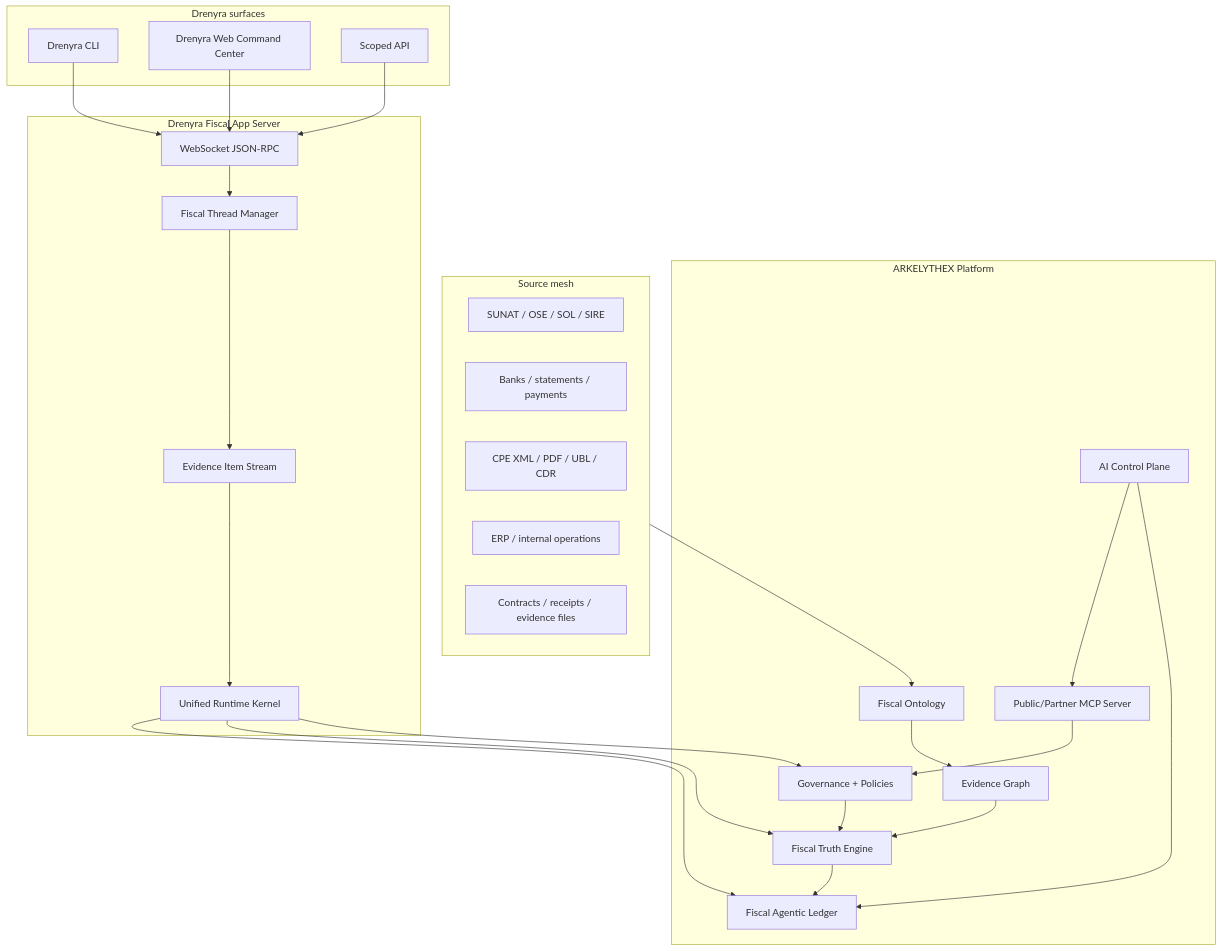
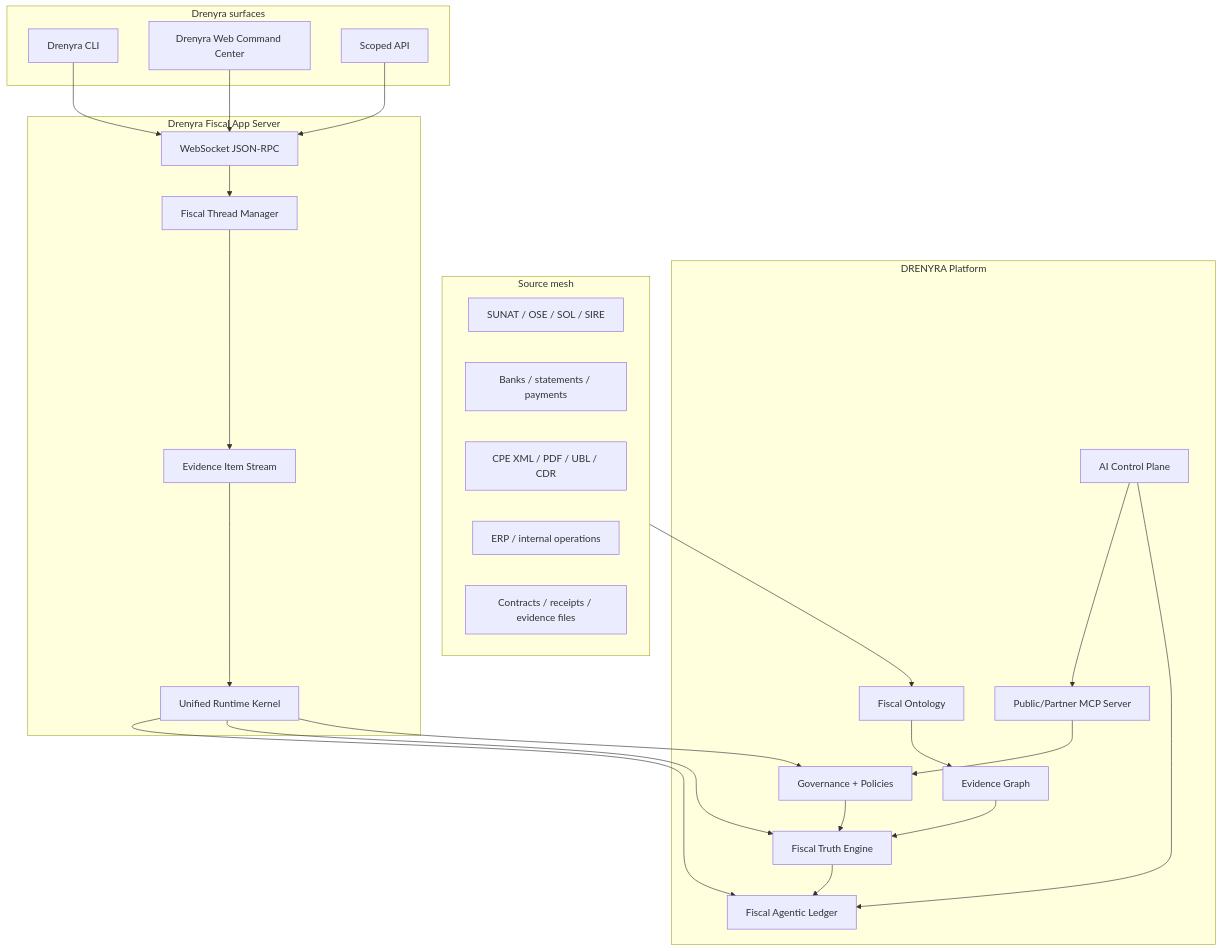
The first of 3 diagrams in docs/01-architecture/fiscal-intelligence-platform-architecture-2026.md (arkelythex/drenyra-command-center), drawn with Mermaid before and after one commit. The commit also changed other lines of this file and 1 other file, not shown here.

First line of the commit message:
docs: cleanup remaining arkelythex references (S6)

````diff
--- a/docs/01-architecture/fiscal-intelligence-platform-architecture-2026.md
+++ b/docs/01-architecture/fiscal-intelligence-platform-architecture-2026.md
@@ -30,51 +30,51 @@
 ```mermaid
 flowchart TB
   subgraph Sources[Source mesh]
     SUNAT[SUNAT / OSE / SOL / SIRE]
     Banks[Banks / statements / payments]
     CPE[CPE XML / PDF / UBL / CDR]
     ERP[ERP / internal operations]
     Docs[Contracts / receipts / evidence files]
   end
 
-  subgraph Platform[ARKELYTHEX Platform]
+  subgraph Platform[DRENYRA Platform]
     Ontology[Fiscal Ontology]
     Truth[Fiscal Truth Engine]
     Evidence[Evidence Graph]
     FAL[Fiscal Agentic Ledger]
     Gov[Governance + Policies]
     AI[AI Control Plane]
     MCP[Public/Partner MCP Server]
   end
 
   subgraph Surfaces[Drenyra surfaces]
     CLI[Drenyra CLI]
     Web[Drenyra Web Command Center]
     API[Scoped API]
   end
 
   subgraph DFAS[Drenyra Fiscal App Server]
     WS[WebSocket JSON-RPC]
     ThreadMgr[Fiscal Thread Manager]
     ItemStream[Evidence Item Stream]
     Kernel[Unified Runtime Kernel]
   end
 
   Sources --> Ontology
   Ontology --> Evidence
   Evidence --> Truth
   Truth --> FAL
   Gov --> Truth
   AI --> FAL
   AI --> MCP
   MCP --> Gov
   CLI --> WS
   Web --> WS
   API --> WS
   WS --> ThreadMgr
   ThreadMgr --> ItemStream
   ItemStream --> Kernel
   Kernel --> Gov
   Kernel --> Truth
   Kernel --> FAL
 ```
````
